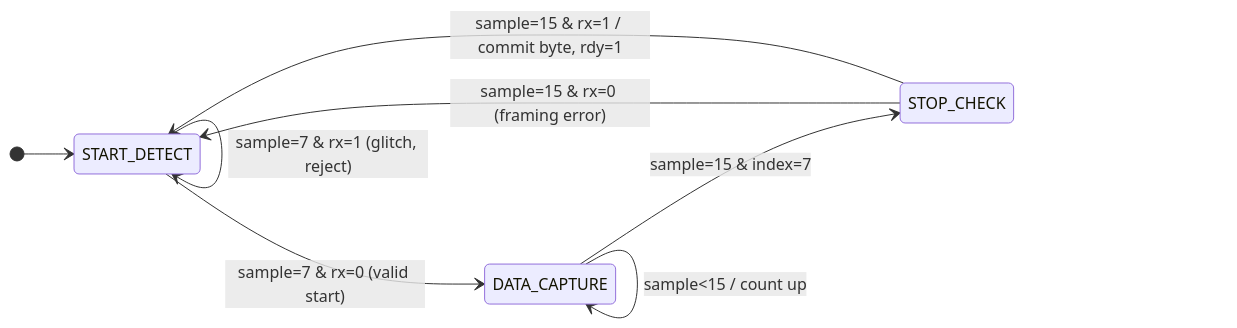
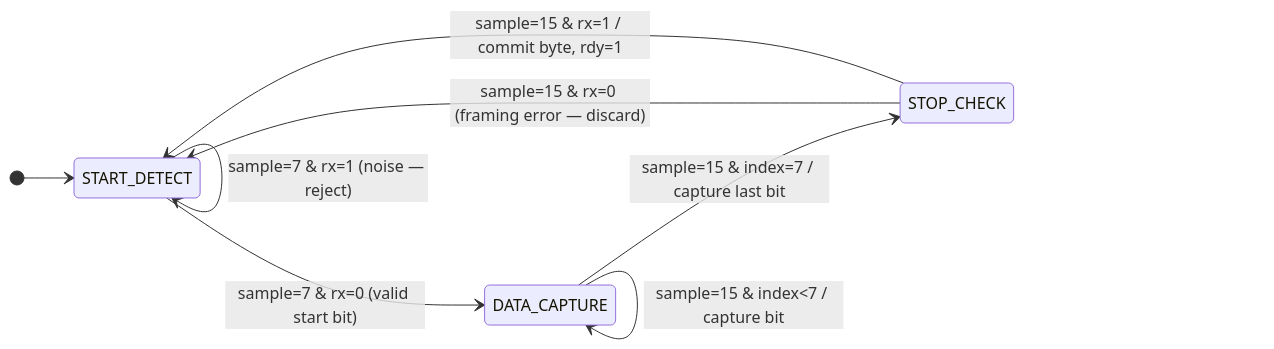
One commit to ChallagollaSriPranathi/UART_Protocol changed the second of 2 diagrams in README.md. Above: the diagram before and after it, drawn with Mermaid. The commit also changed other lines of this file, not shown here.

````diff
--- a/README.md
+++ b/README.md
@@ -101,12 +106,13 @@
 ```mermaid
 stateDiagram-v2
     direction LR
     [*] --> START_DETECT
-    START_DETECT --> START_DETECT : rx=1 (idle)
-    START_DETECT --> START_DETECT : sample=7 & rx=1 (glitch, reject)
-    START_DETECT --> DATA_CAPTURE : sample=7 & rx=0 (valid start)
+    START_DETECT --> START_DETECT : rx=1 (idle line)
+    START_DETECT --> START_DETECT : sample=7 & rx=1 (noise — reject)
+    START_DETECT --> DATA_CAPTURE : sample=7 & rx=0 (valid start bit)
     DATA_CAPTURE --> DATA_CAPTURE : sample<15 / count up
-    DATA_CAPTURE --> STOP_CHECK : sample=15 & index=7
-    STOP_CHECK --> START_DETECT : sample=15 & rx=0 (framing error)
+    DATA_CAPTURE --> DATA_CAPTURE : sample=15 & index<7 / capture bit
+    DATA_CAPTURE --> STOP_CHECK : sample=15 & index=7 / capture last bit
+    STOP_CHECK --> START_DETECT : sample=15 & rx=0 (framing error — discard)
     STOP_CHECK --> START_DETECT : sample=15 & rx=1 / commit byte, rdy=1
 ```
````
